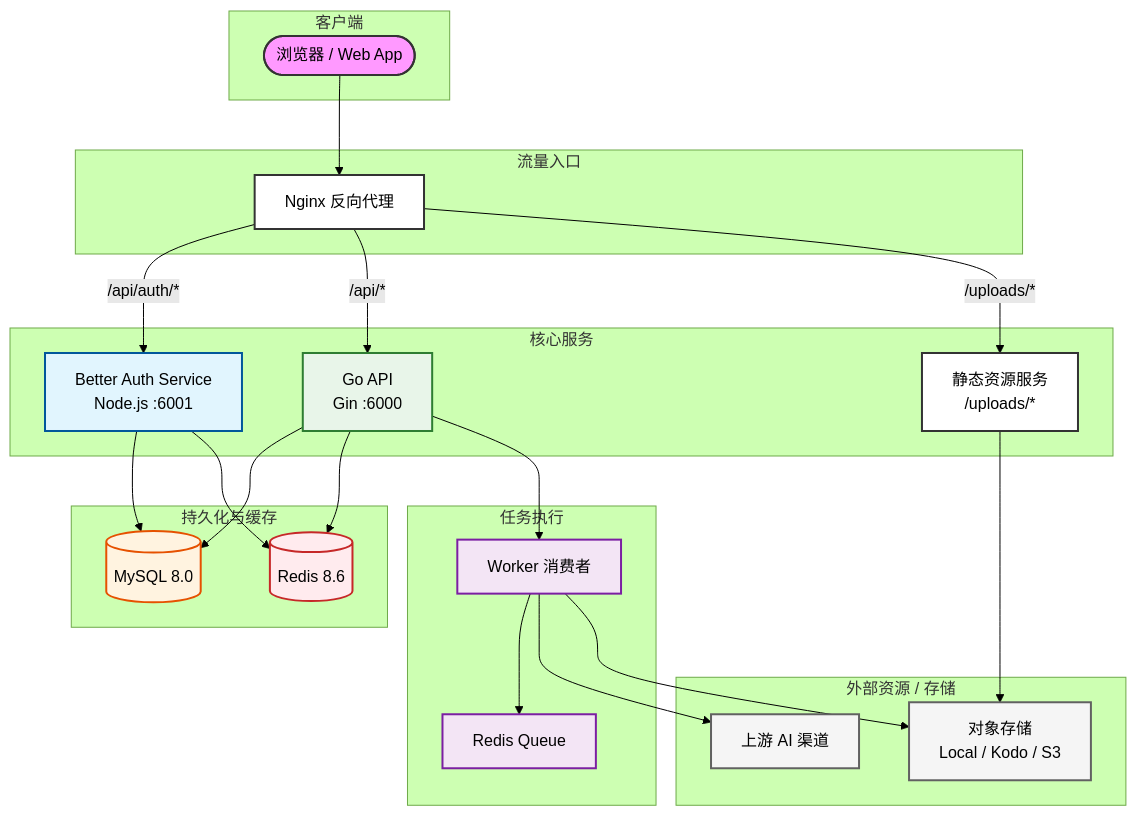
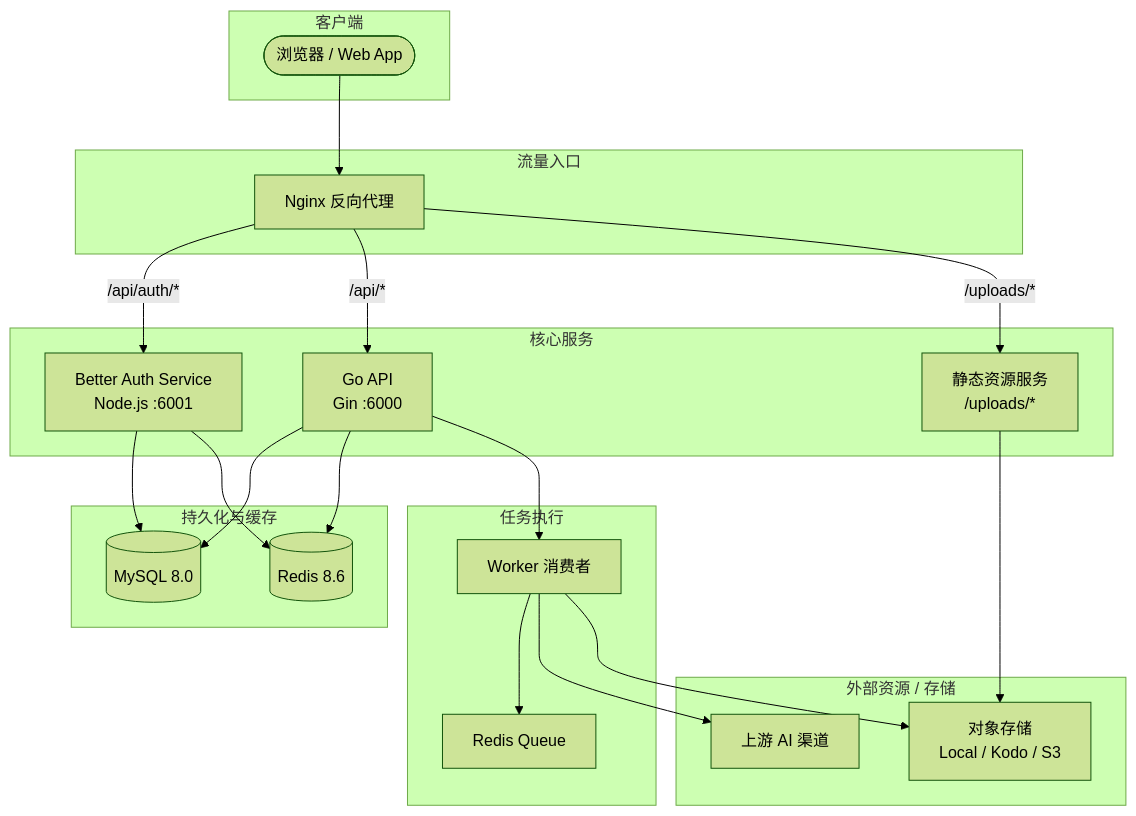
One commit to Ericsunsk/IdeaBoard changed the diagram in README.md. Above: the diagram before and after it, drawn with Mermaid (forest theme).

Commit message:
docs: remove custom styling from Mermaid diagram, use default colors

````diff
--- a/README.md
+++ b/README.md
@@ -68,69 +68,56 @@
 ```mermaid
 graph TD
   %% Client Layer
   subgraph Client [客户端]
     Browser([浏览器 / Web App])
   end
 
   %% Gateway Layer
   subgraph Gateway [流量入口]
     Nginx[Nginx 反向代理]
   end
 
   %% Logic Layer
   subgraph Services [核心服务]
     Auth[Better Auth Service<br/>Node.js :6001]
     GoAPI[Go API<br/>Gin :6000]
     Static[静态资源服务<br/>/uploads/*]
   end
 
   %% Persistence Layer
   subgraph Persistence [持久化与缓存]
     MySQL[(MySQL 8.0)]
     Redis[(Redis 8.6)]
   end
 
   %% Async Layer
   subgraph Execution [任务执行]
     Worker[Worker 消费者]
     Queue[Redis Queue]
   end
 
   %% Cloud/Storage Layer
   subgraph External [外部资源 / 存储]
     AI[上游 AI 渠道]
     Storage[对象存储<br/>Local / Kodo / S3]
   end
 
   %% Traffic Flow
   Browser --> Nginx
   Nginx -->|/api/auth/*| Auth
   Nginx -->|/api/*| GoAPI
   Nginx -->|/uploads/*| Static
 
   %% Data Flow
   Auth --> MySQL
   Auth --> Redis
   GoAPI --> MySQL
   GoAPI --> Redis
 
   %% Task Flow
   GoAPI --> Worker
   Worker --> Queue
   Worker --> AI
   Worker --> Storage
   Static --> Storage
-
-  %% Styling
-  style Browser fill:#f9f,stroke:#333,stroke-width:2px
-  style Nginx fill:#fff,stroke:#333,stroke-width:2px
-  style Auth fill:#e1f5fe,stroke:#01579b,stroke-width:2px
-  style GoAPI fill:#e8f5e9,stroke:#2e7d32,stroke-width:2px
-  style MySQL fill:#fff3e0,stroke:#e65100,stroke-width:2px
-  style Redis fill:#ffebee,stroke:#c62828,stroke-width:2px
-  style Worker fill:#f3e5f5,stroke:#7b1fa2,stroke-width:2px
-  style Queue fill:#f3e5f5,stroke:#7b1fa2,stroke-width:2px
-  style Static fill:#fff,stroke:#333,stroke-width:2px
-  style AI fill:#f5f5f5,stroke:#616161,stroke-width:2px
-  style Storage fill:#f5f5f5,stroke:#616161,stroke-width:2px
 ```
````
